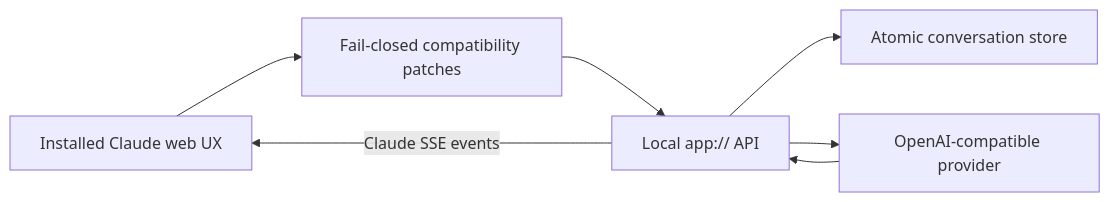
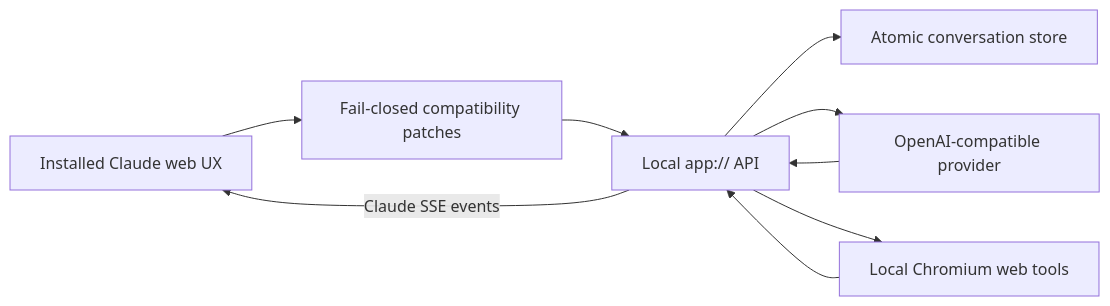
The diagram in docs/local-mode.md (armand0e/open-claude-desktop), drawn with Mermaid before and after one commit. The commit also changed other lines of this file and 392 other files, not shown here.

````diff
--- a/docs/local-mode.md
+++ b/docs/local-mode.md
@@ -5,9 +5,11 @@
 ```mermaid
 flowchart LR
   UI["Installed Claude web UX"] --> P["Fail-closed compatibility patches"]
   P --> API["Local app:// API"]
   API --> DB["Atomic conversation store"]
   API --> OA["OpenAI-compatible provider"]
+  API --> WEB["Local Chromium web tools"]
   OA --> API
+  WEB --> API
   API -->|"Claude SSE events"| UI
 ```
````
